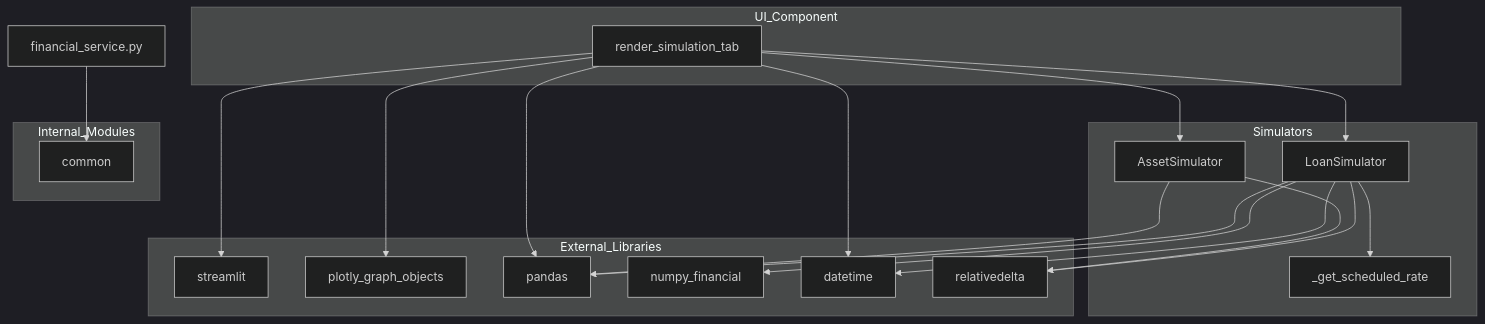
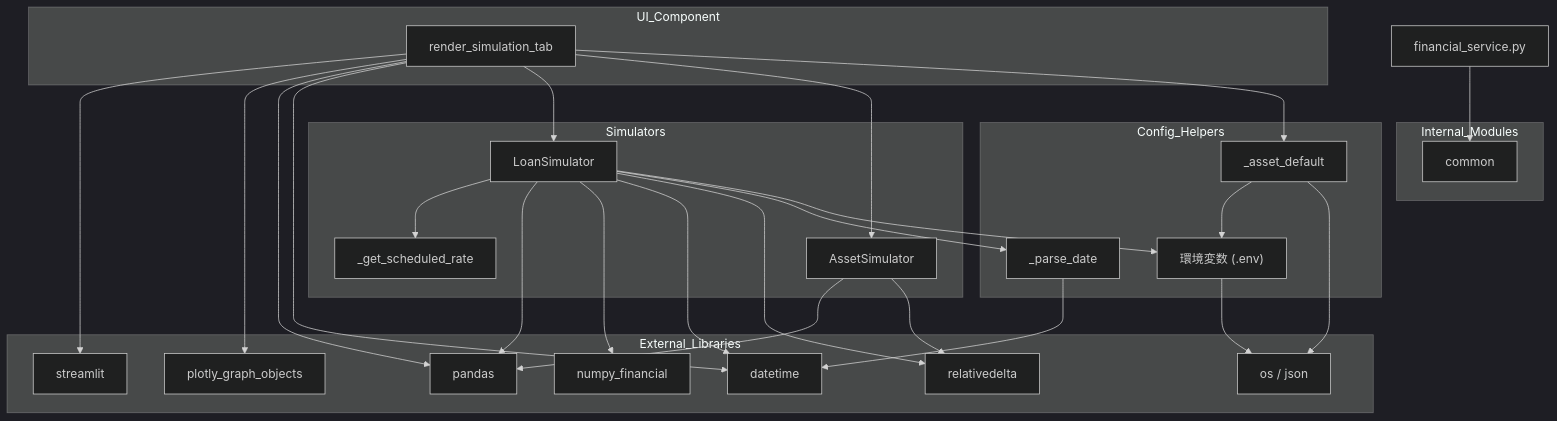
One commit to mmtigers/my_python_project changed the second of 2 diagrams in docs/specifications/MY_HOME_SYSTEM/financial_service.md. Above: the diagram before and after it, drawn with Mermaid (dark theme). The commit also changed other lines of this file and 47 other files, not shown here.

````diff
--- a/docs/specifications/MY_HOME_SYSTEM/financial_service.md
+++ b/docs/specifications/MY_HOME_SYSTEM/financial_service.md
@@ -196,44 +273,59 @@
 ```mermaid
 graph TD
     subgraph UI_Component
         render_simulation_tab
     end
 
     subgraph Simulators
         LoanSimulator
         AssetSimulator
         _get_scheduled_rate
     end
 
+    subgraph Config_Helpers
+        _parse_date
+        _asset_default
+        EnvVars["環境変数 (.env)"]
+    end
+
     subgraph External_Libraries
         streamlit
         plotly_graph_objects
         pandas
         numpy_financial
         datetime
         relativedelta
+        os_json["os / json"]
     end
 
     subgraph Internal_Modules
         common
     end
 
     render_simulation_tab --> streamlit
     render_simulation_tab --> plotly_graph_objects
     render_simulation_tab --> pandas
     render_simulation_tab --> datetime
     render_simulation_tab --> LoanSimulator
     render_simulation_tab --> AssetSimulator
+    render_simulation_tab --> _asset_default
 
     LoanSimulator --> _get_scheduled_rate
     LoanSimulator --> pandas
     LoanSimulator --> numpy_financial
     LoanSimulator --> datetime
     LoanSimulator --> relativedelta
+    LoanSimulator --> _parse_date
+    LoanSimulator --> EnvVars
+
+    _parse_date --> datetime
+    _asset_default --> EnvVars
+    _asset_default --> os_json
+    EnvVars --> os_json
 
     AssetSimulator --> pandas
     AssetSimulator --> relativedelta
 
     financial_service.py --> common
 
 ```
````
